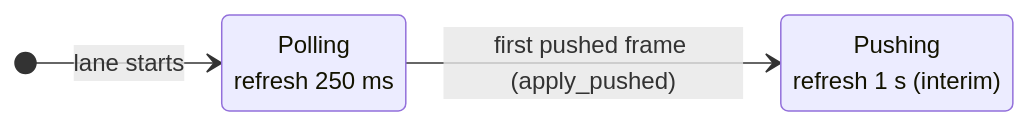
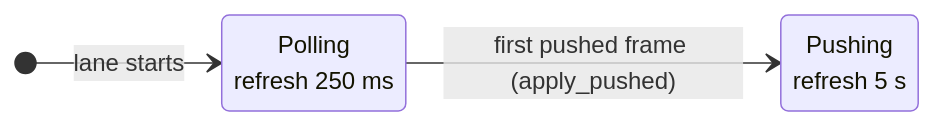
The fourth of 4 diagrams in docs/architecture/delivery.md (Roasbeef/loom), drawn with Mermaid before and after one commit. The commit also changed other lines of this file and 9 other files, not shown here.

````diff
--- a/docs/architecture/delivery.md
+++ b/docs/architecture/delivery.md
@@ -205,8 +205,8 @@
 ```mermaid
 stateDiagram-v2
     direction LR
     Polling: Polling<br/>refresh 250 ms
-    Pushing: Pushing<br/>refresh 1 s (interim)
+    Pushing: Pushing<br/>refresh 5 s
     [*] --> Polling: lane starts
     Polling --> Pushing: first pushed frame (apply_pushed)
 ```
````
